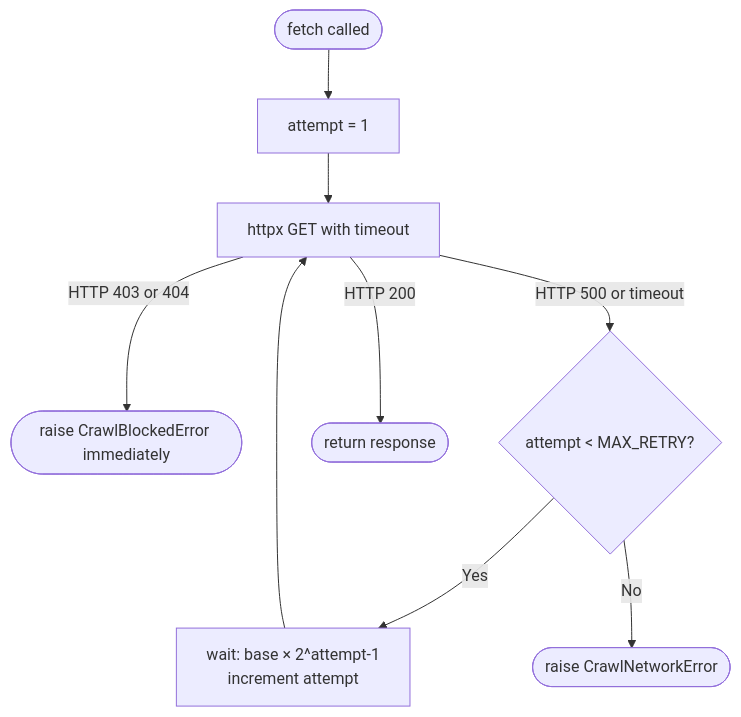
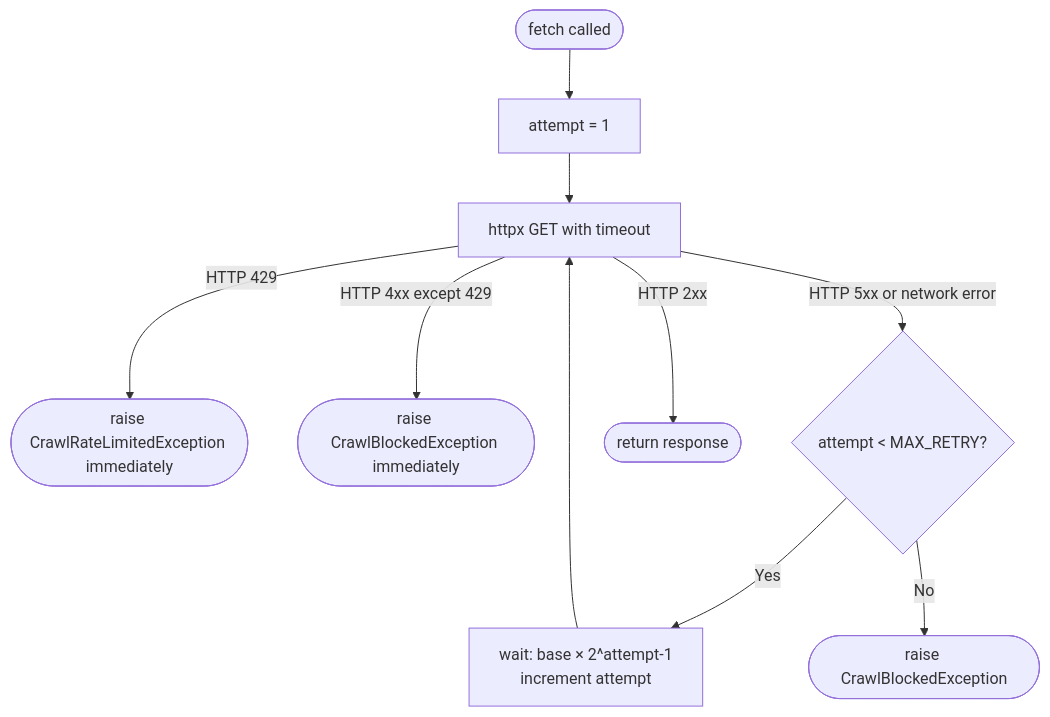
One commit to mars-xiaoyi/wealthfinder changed the fourth of 11 diagrams in stock-assistant-data-ingestion/docs/implementation.md. Above: the diagram before and after it, drawn with Mermaid. The commit also changed other lines of this file and 30 other files, not shown here.

````diff
--- a/stock-assistant-data-ingestion/docs/implementation.md
+++ b/stock-assistant-data-ingestion/docs/implementation.md
@@ -1132,11 +1142,12 @@
 ```mermaid
 flowchart TD
     A([fetch called]) --> D[attempt = 1]
     D --> E[httpx GET with timeout]
-    E -->|HTTP 403 or 404| F([raise CrawlBlockedError immediately])
-    E -->|HTTP 500 or timeout| G{attempt < MAX_RETRY?}
-    G -->|Yes| H[wait: base × 2^attempt-1\nincrement attempt]
-    H --> E
-    G -->|No| I([raise CrawlNetworkError])
-    E -->|HTTP 200| J([return response])
+    E -->|HTTP 429| F([raise CrawlRateLimitedException immediately])
+    E -->|HTTP 4xx except 429| G([raise CrawlBlockedException immediately])
+    E -->|HTTP 5xx or network error| H{attempt < MAX_RETRY?}
+    H -->|Yes| I[wait: base × 2^attempt-1\nincrement attempt]
+    I --> E
+    H -->|No| J([raise CrawlBlockedException])
+    E -->|HTTP 2xx| K([return response])
 ```
````
